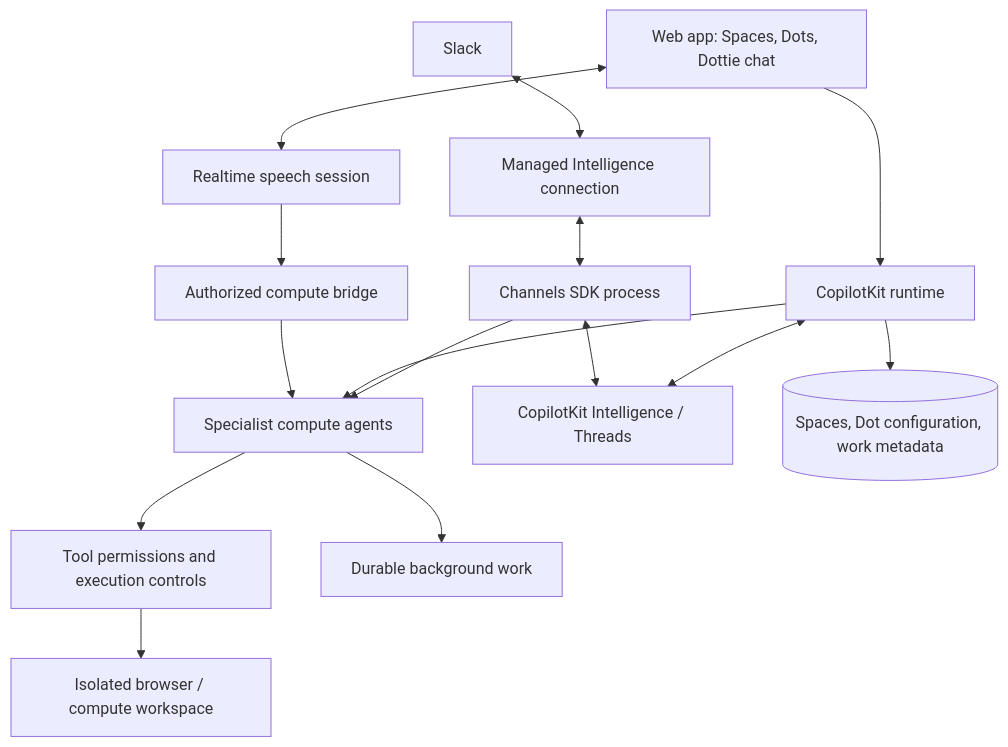
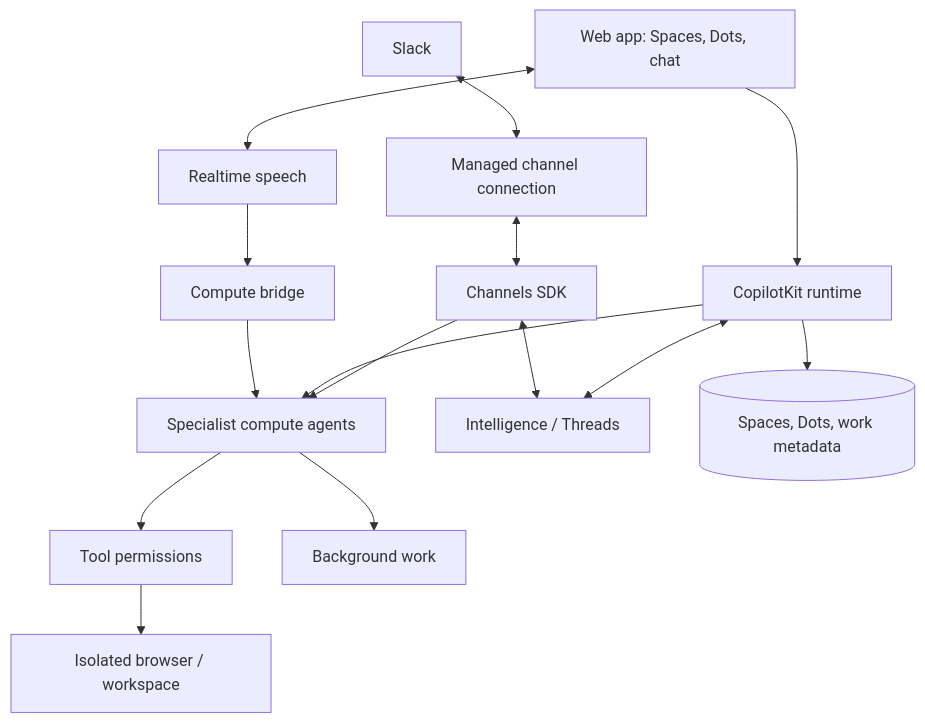
One commit to 90sRehem/OpenDots changed the diagram in README.md. Above: the diagram before and after it, drawn with Mermaid. The commit also changed other lines of this file and 3 other files, not shown here.

````diff
--- a/README.md
+++ b/README.md
@@ -74,17 +45,17 @@
 ```mermaid
 flowchart TB
-  Web["Web app: Spaces, Dots, Dottie chat"] --> Runtime[CopilotKit runtime]
-  Slack[Slack] <--> Managed[Managed Intelligence connection]
-  Managed <--> Channels[Channels SDK process]
+  Web["Web app: Spaces, Dots, chat"] --> Runtime[CopilotKit runtime]
+  Slack[Slack] <--> Managed[Managed channel connection]
+  Managed <--> Channels[Channels SDK]
   Channels --> Agents[Specialist compute agents]
   Runtime --> Agents
-  Runtime <--> Intelligence["CopilotKit Intelligence / Threads"]
+  Runtime <--> Intelligence["Intelligence / Threads"]
   Channels <--> Intelligence
-  Web <--> Speech[Realtime speech session]
-  Speech --> Bridge[Authorized compute bridge]
+  Web <--> Speech[Realtime speech]
+  Speech --> Bridge[Compute bridge]
   Bridge --> Agents
-  Agents --> Controls[Tool permissions and execution controls]
-  Controls --> Computer[Isolated browser / compute workspace]
-  Agents --> Jobs[Durable background work]
-  Runtime --> Metadata[(Spaces, Dot configuration, work metadata)]
+  Agents --> Controls[Tool permissions]
+  Controls --> Computer[Isolated browser / workspace]
+  Agents --> Jobs[Background work]
+  Runtime --> Metadata[(Spaces, Dots, work metadata)]
 ```
````
